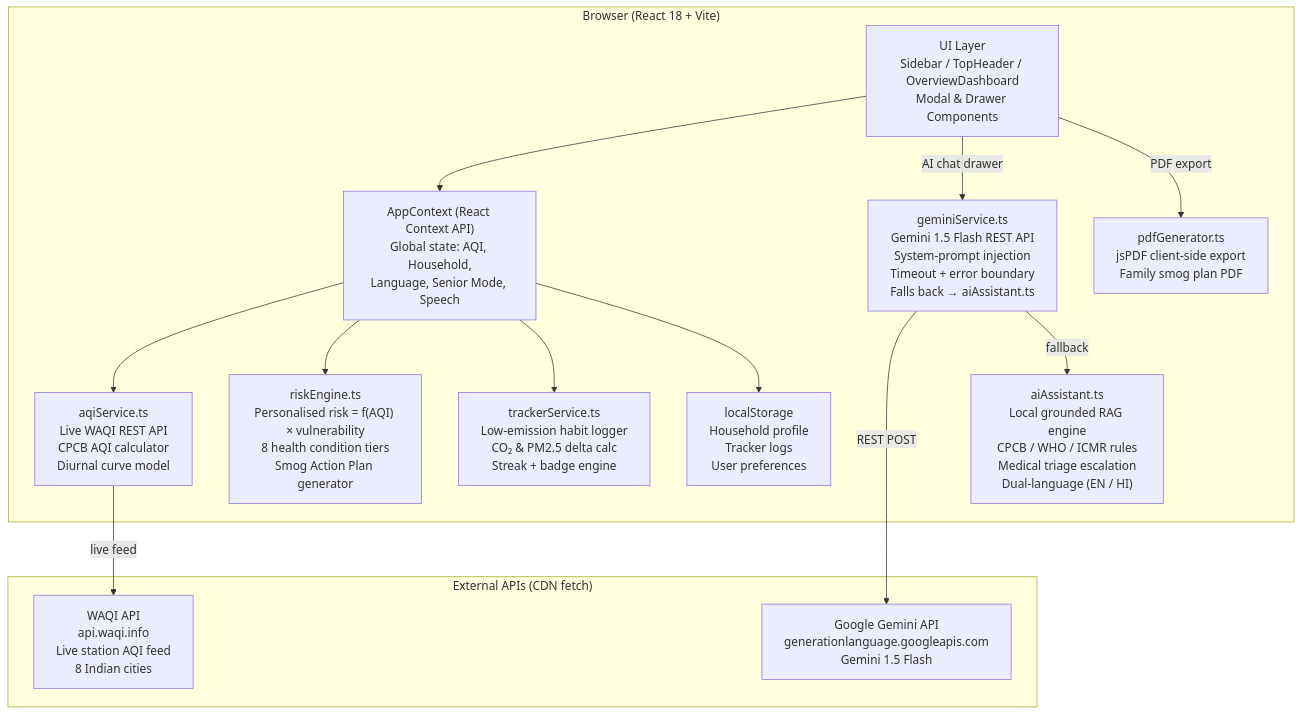
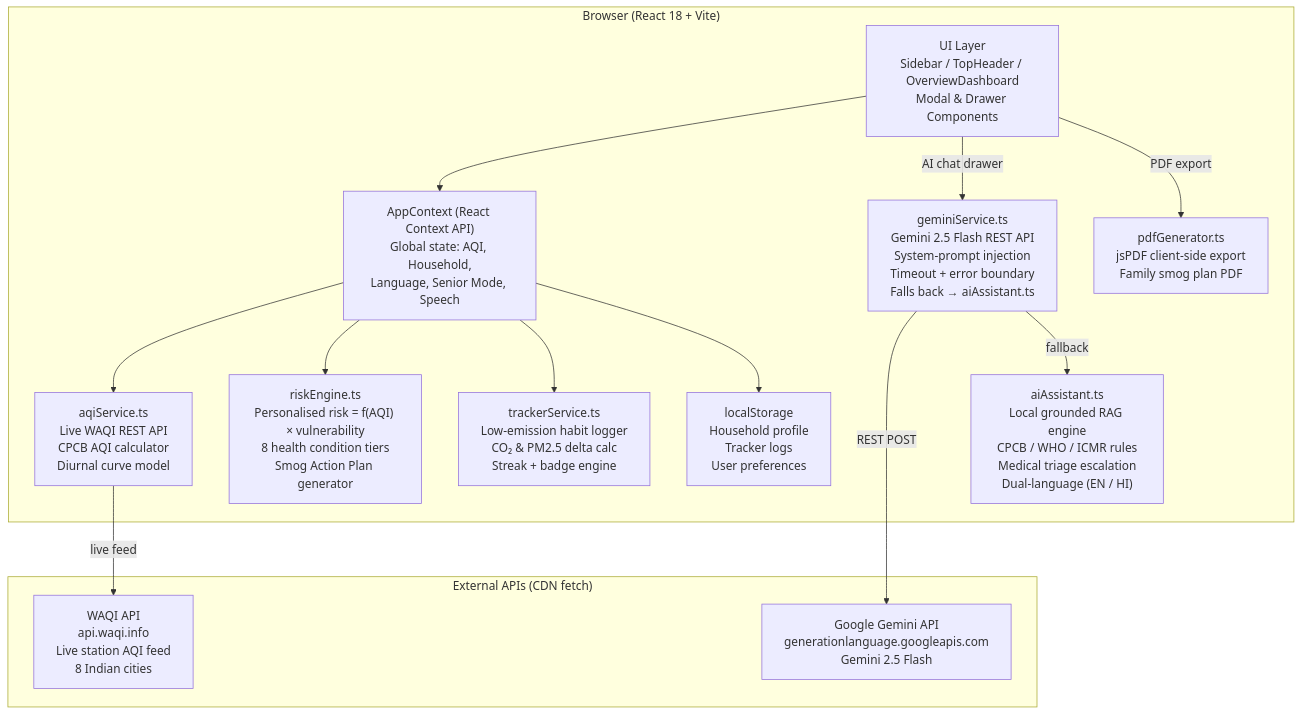
The diagram in docs/ARCHITECTURE.md (kshatriyaritesh-coder/promptwars), drawn with Mermaid before and after one commit. The commit also changed other lines of this file and 10 other files, not shown here.

````diff
--- a/docs/ARCHITECTURE.md
+++ b/docs/ARCHITECTURE.md
@@ -11,30 +11,30 @@
 ```mermaid
 flowchart TD
     subgraph Client["Browser (React 18 + Vite)"]
         UI["UI Layer\nSidebar / TopHeader / OverviewDashboard\nModal & Drawer Components"]
         CTX["AppContext (React Context API)\nGlobal state: AQI, Household,\nLanguage, Senior Mode, Speech"]
         AQI["aqiService.ts\nLive WAQI REST API\nCPCB AQI calculator\nDiurnal curve model"]
         RISK["riskEngine.ts\nPersonalised risk = f(AQI) × vulnerability\n8 health condition tiers\nSmog Action Plan generator"]
-        GEM["geminiService.ts\nGemini 1.5 Flash REST API\nSystem-prompt injection\nTimeout + error boundary\nFalls back → aiAssistant.ts"]
+        GEM["geminiService.ts\nGemini 2.5 Flash REST API\nSystem-prompt injection\nTimeout + error boundary\nFalls back → aiAssistant.ts"]
         RAG["aiAssistant.ts\nLocal grounded RAG engine\nCPCB / WHO / ICMR rules\nMedical triage escalation\nDual-language (EN / HI)"]
         TRK["trackerService.ts\nLow-emission habit logger\nCO₂ & PM2.5 delta calc\nStreak + badge engine"]
         PDF["pdfGenerator.ts\njsPDF client-side export\nFamily smog plan PDF"]
         LS["localStorage\nHousehold profile\nTracker logs\nUser preferences"]
     end
 
     subgraph External["External APIs (CDN fetch)"]
         WAQI["WAQI API\napi.waqi.info\nLive station AQI feed\n8 Indian cities"]
-        GEMAPI["Google Gemini API\ngenerationlanguage.googleapis.com\nGemini 1.5 Flash"]
+        GEMAPI["Google Gemini API\ngenerationlanguage.googleapis.com\nGemini 2.5 Flash"]
     end
 
     UI --> CTX
     CTX --> AQI
     CTX --> RISK
     CTX --> TRK
     CTX --> LS
     AQI -->|live feed| WAQI
     UI -->|AI chat drawer| GEM
     GEM -->|REST POST| GEMAPI
     GEM -->|fallback| RAG
     UI -->|PDF export| PDF
 ```
````
